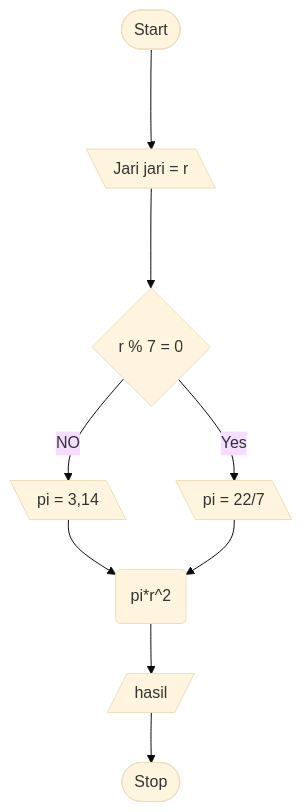
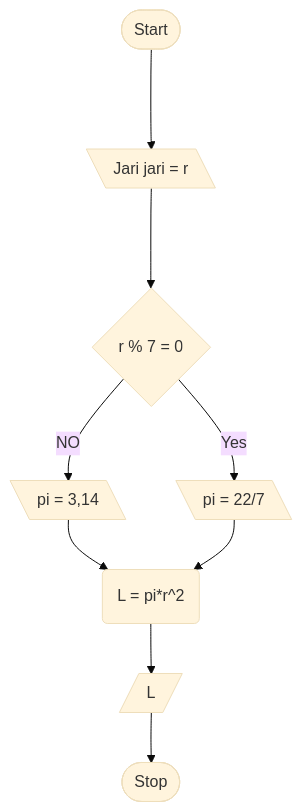
Before and after one commit to ariekas/koda-b4-algoritma: the first of 3 diagrams in MiniTask5.md, drawn with Mermaid (base theme). The commit also changed other lines of this file, not shown here.

````diff
--- a/MiniTask5.md
+++ b/MiniTask5.md
@@ -3,20 +3,19 @@
 ```mermaid
 flowchart TD
 Start([Start])
 Input[\Jari jari = r\]
 Decision{r % 7 = 0}
 R1[\pi = 3,14\]
 R2[\pi = 22/7\]
-Perhitungan(pi*r^2)
-hasil[/hasil/]
-
+Perhitungan(L = pi*r^2)
+hasil[/L/]
 Stop([Stop])
 
 Start ---> Input
 Input ---> Decision
 Decision -- NO --> R1
 Decision -- Yes --> R2
 R1 & R2 --> Perhitungan
 Perhitungan --> hasil
 hasil --> Stop
 ```
````
